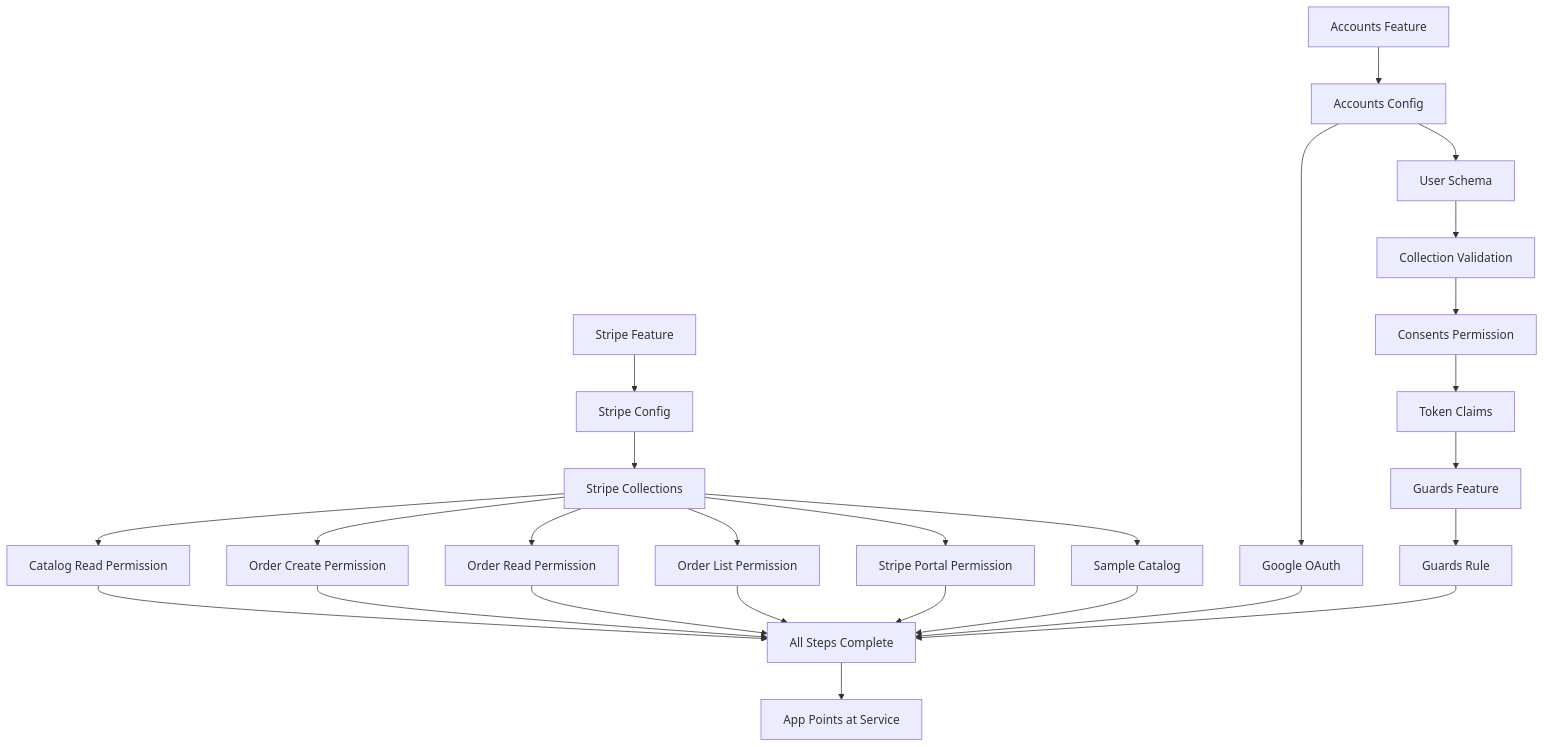
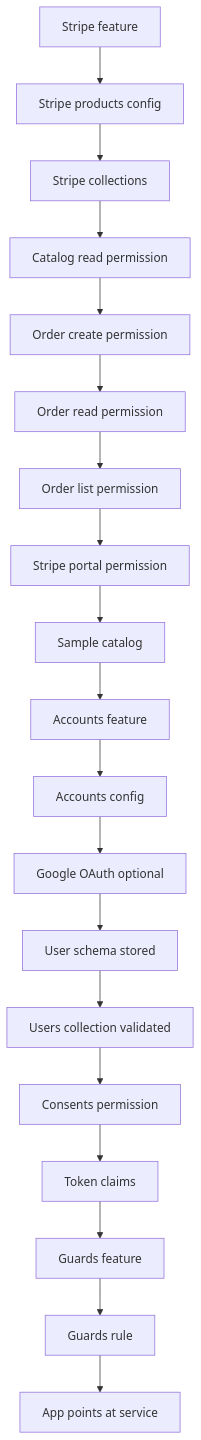
Before and after one commit to ulabase/starter-ecommerce: the second of 2 diagrams in openwiki/concepts/service-setup.md, drawn with Mermaid. The commit also changed other lines of this file and 14 other files, not shown here.

````diff
--- a/openwiki/concepts/service-setup.md
+++ b/openwiki/concepts/service-setup.md
@@ -169,31 +168,21 @@
 ```mermaid
 flowchart TD
-    A[Stripe Feature] --> B[Stripe Config]
-    B --> C[Stripe Collections]
-    C --> D[Catalog Read Permission]
-    C --> E[Order Create Permission]
-    C --> F[Order Read Permission]
-    C --> G[Order List Permission]
-    C --> H[Stripe Portal Permission]
-    C --> I[Sample Catalog]
-    
-    J[Accounts Feature] --> K[Accounts Config]
-    K --> L[Google OAuth]
-    K --> M[User Schema]
-    M --> N[Collection Validation]
-    N --> O[Consents Permission]
-    O --> P[Token Claims]
-    P --> Q[Guards Feature]
-    Q --> R[Guards Rule]
-    
-    D --> S[All Steps Complete]
-    E --> S
-    F --> S
-    G --> S
-    H --> S
-    I --> S
-    L --> S
-    R --> S
-    
-    S --> T[App Points at Service]
+    A["Stripe feature"] --> B["Stripe products config"]
+    B --> C["Stripe collections"]
+    C --> D["Catalog read permission"]
+    D --> E["Order create permission"]
+    E --> F["Order read permission"]
+    F --> G["Order list permission"]
+    G --> H["Stripe portal permission"]
+    H --> I["Sample catalog"]
+    I --> J["Accounts feature"]
+    J --> K["Accounts config"]
+    K --> L["Google OAuth optional"]
+    L --> M["User schema stored"]
+    M --> N["Users collection validated"]
+    N --> O["Consents permission"]
+    O --> P["Token claims"]
+    P --> Q["Guards feature"]
+    Q --> R["Guards rule"]
+    R --> S["App points at service"]
 ```
````
